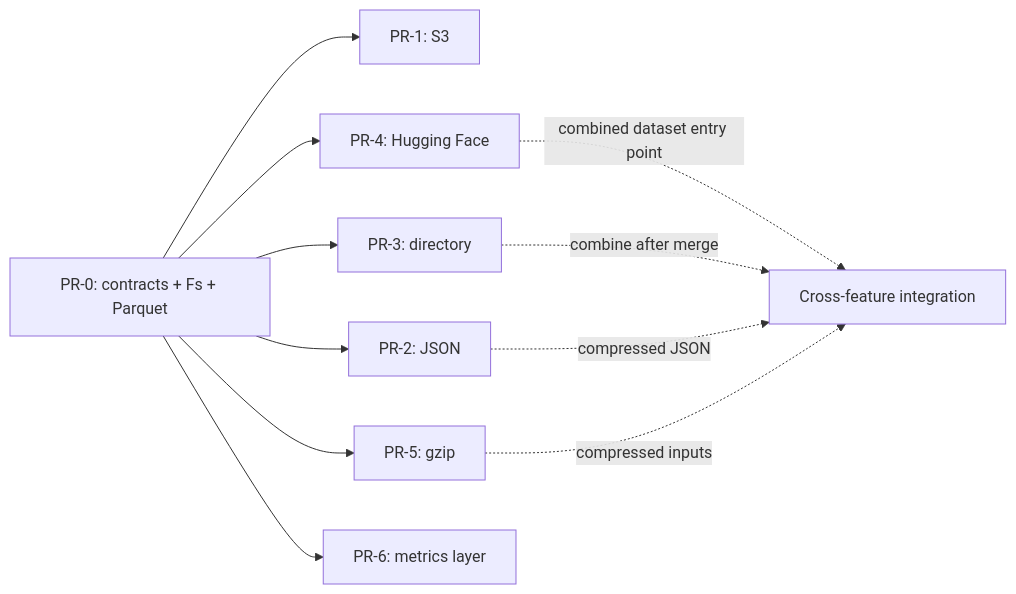
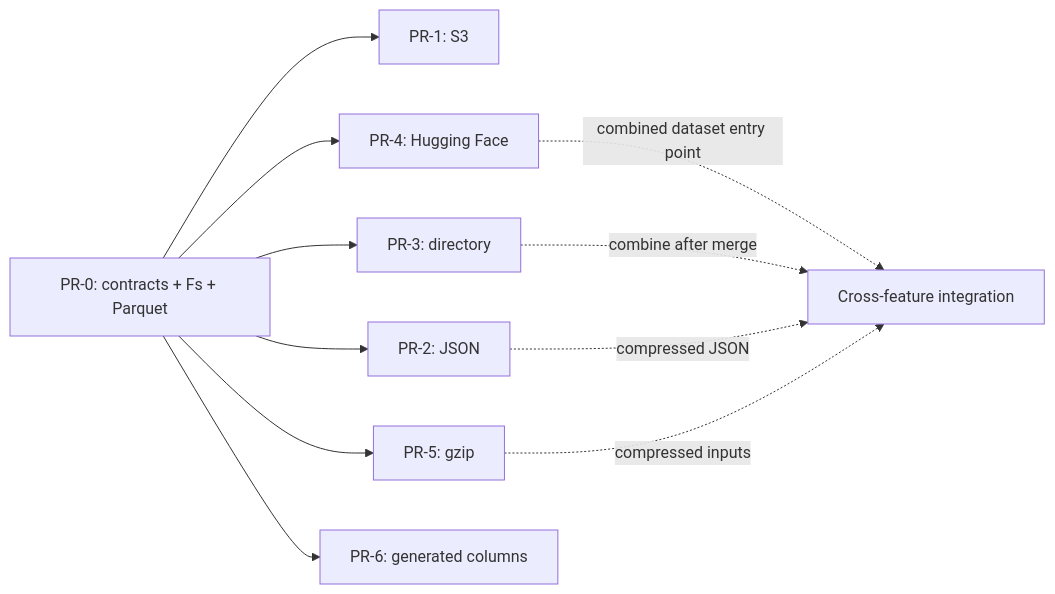
One commit to dentiny/open-arrow-access changed the diagram in docs/roadmap.md. Above: the diagram before and after it, drawn with Mermaid. The commit also changed other lines of this file and 6 other files, not shown here.

Commit message:
Design generated columns and expose common request options

````diff
--- a/docs/roadmap.md
+++ b/docs/roadmap.md
@@ -30,13 +30,13 @@
 ```mermaid
 flowchart LR
     Base[PR-0: contracts + Fs + Parquet] --> S3[PR-1: S3]
     Base --> JSON[PR-2: JSON]
     Base --> Dataset[PR-3: directory]
     Base --> HF[PR-4: Hugging Face]
     Base --> Gzip[PR-5: gzip]
-    Base --> Metrics[PR-6: metrics layer]
+    Base --> Generated[PR-6: generated columns]
     HF -. combined dataset entry point .-> Integration[Cross-feature integration]
     Dataset -. combine after merge .-> Integration
     JSON -. compressed JSON .-> Integration
     Gzip -. compressed inputs .-> Integration
 ```
````
